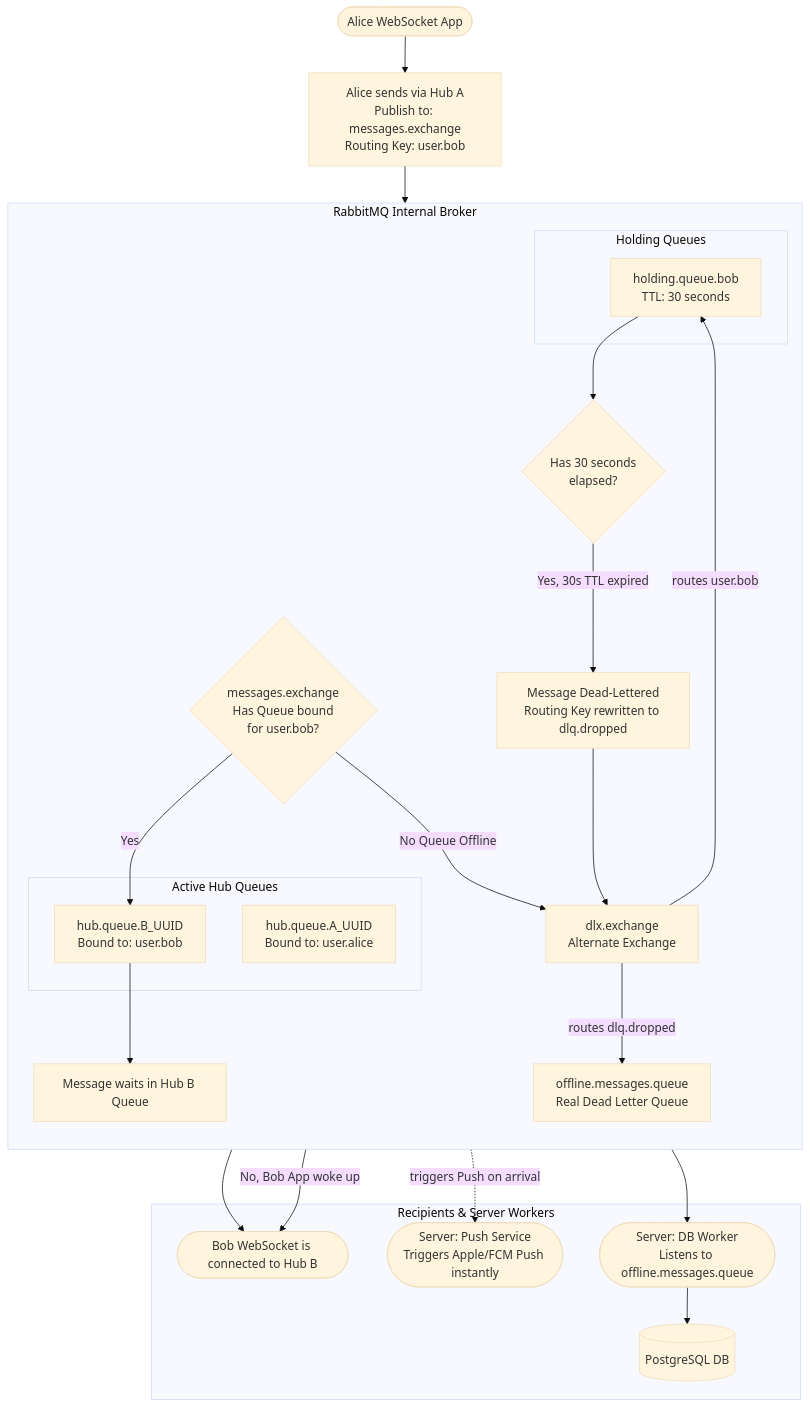
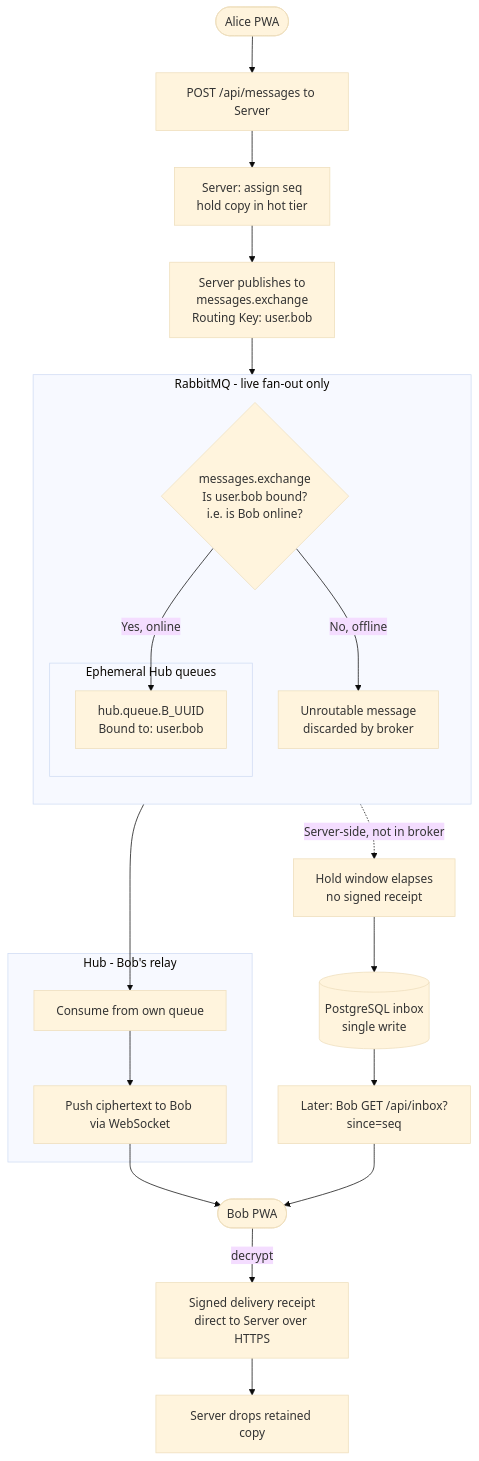
The diagram in doc/algorithms/rabbitmq-exchange.md (olshanskyev/fourletters-meta), drawn with Mermaid (base theme) before and after one commit. The commit also changed other lines of this file and 6 other files, not shown here.

Commit message:
New Architecture with sending events via server

````diff
--- a/doc/algorithms/rabbitmq-exchange.md
+++ b/doc/algorithms/rabbitmq-exchange.md
@@ -25,64 +53,40 @@
 ```mermaid
 flowchart TD
-    %% Sender Node
-    Start([Alice WebSocket App])
-    PublishMessage[Alice sends via Hub A<br/>Publish to: messages.exchange<br/>Routing Key: user.bob]
+    Start([Alice PWA])
+    Send[POST /api/messages to Server]
+    ServerAccept[Server: assign seq<br/>hold copy in hot tier]
+    Publish[Server publishes to<br/>messages.exchange<br/>Routing Key: user.bob]
 
-    %% RabbitMQ Internal State
-    subgraph RabbitMQ [RabbitMQ Internal Broker]
+    subgraph RabbitMQ [RabbitMQ - live fan-out only]
         direction TB
-        MainExchange{messages.exchange<br/>Has Queue bound<br/>for user.bob?}
-        
-        subgraph Active Hub Queues
-            HubAQueue[hub.queue.A_UUID<br/>Bound to: user.alice]
+        MainExchange{messages.exchange<br/>Is user.bob bound?<br/>i.e. is Bob online?}
+        subgraph HubQueues [Ephemeral Hub queues]
             HubBQueue[hub.queue.B_UUID<br/>Bound to: user.bob]
         end
-        
-        WaitInQueue[Message waits in Hub B Queue]
-        
-        AlternateExchange[dlx.exchange<br/>Alternate Exchange]
-        subgraph Holding Queues
-            HoldingQueue[holding.queue.bob<br/>TTL: 30 seconds]
-        end
-        TTLCheck{Has 30 seconds<br/>elapsed?}
-        
-        DropToDLQ[Message Dead-Lettered<br/>Routing Key rewritten to dlq.dropped]
-        
-        OfflineQueue[offline.messages.queue<br/>Real Dead Letter Queue]
+        Discard[Unroutable message<br/>discarded by broker]
     end
 
-    %% Recipient Nodes / Server Logic
-    subgraph Receivers [Recipients & Server Workers]
-        BobHub([Bob WebSocket is connected to Hub B])
-        PushNotifications([Server: Push Service<br/>Triggers Apple/FCM Push instantly])
-        ServerWorker([Server: DB Worker<br/>Listens to offline.messages.queue])
-        PostgresDB[(PostgreSQL DB)]
+    subgraph Hub [Hub - Bob's relay]
+        Consume[Consume from own queue]
+        PushWS[Push ciphertext to Bob via WebSocket]
     end
 
-    Start --> PublishMessage
-    PublishMessage --> MainExchange
+    Bob([Bob PWA])
+    Receipt[Signed delivery receipt<br/>direct to Server over HTTPS]
+    ServerDrop[Server drops retained copy]
+    HoldExpire[Hold window elapses<br/>no signed receipt]
+    DB[(PostgreSQL inbox<br/>single write)]
+    Sync[Later: Bob GET /api/inbox?since=seq]
 
-    %% Happy Path: Bob is online
-    MainExchange -- Yes --> HubBQueue
-    HubBQueue --> WaitInQueue
-    WaitInQueue --> BobHub
+    Start --> Send --> ServerAccept --> Publish --> MainExchange
 
-    %% Fallback Path: Bob is offline
-    MainExchange -- No Queue Offline --> AlternateExchange
-    AlternateExchange -- routes user.bob --> HoldingQueue
-    
-    HoldingQueue -. triggers Push on arrival .-> PushNotifications
-    HoldingQueue --> TTLCheck
-    
-    %% Bob wakes up fast
-    TTLCheck -- No, Bob App woke up --> BobHub
-    
-    %% Bob stays offline
-    TTLCheck -- Yes, 30s TTL expired --> DropToDLQ
-    DropToDLQ --> AlternateExchange
-    AlternateExchange -- routes dlq.dropped --> OfflineQueue
-    
-    %% Move to Database
-    OfflineQueue --> ServerWorker
-    ServerWorker --> PostgresDB
+    %% Online path
+    MainExchange -- Yes, online --> HubBQueue --> Consume --> PushWS --> Bob
+    Bob -- decrypt --> Receipt --> ServerDrop
+
+    %% Offline path
+    MainExchange -- No, offline --> Discard
+    Discard -. Server-side, not in broker .-> HoldExpire
+    HoldExpire --> DB
+    DB --> Sync --> Bob
 ```
````
